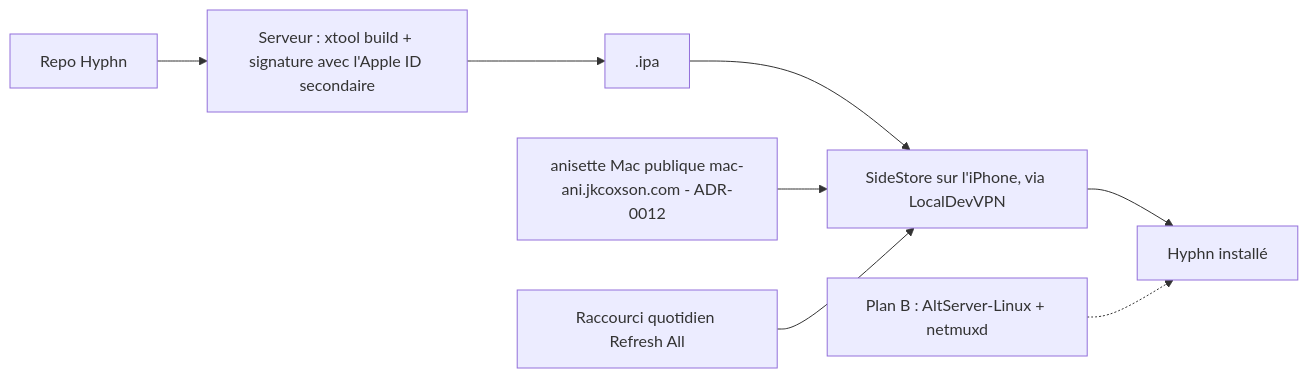
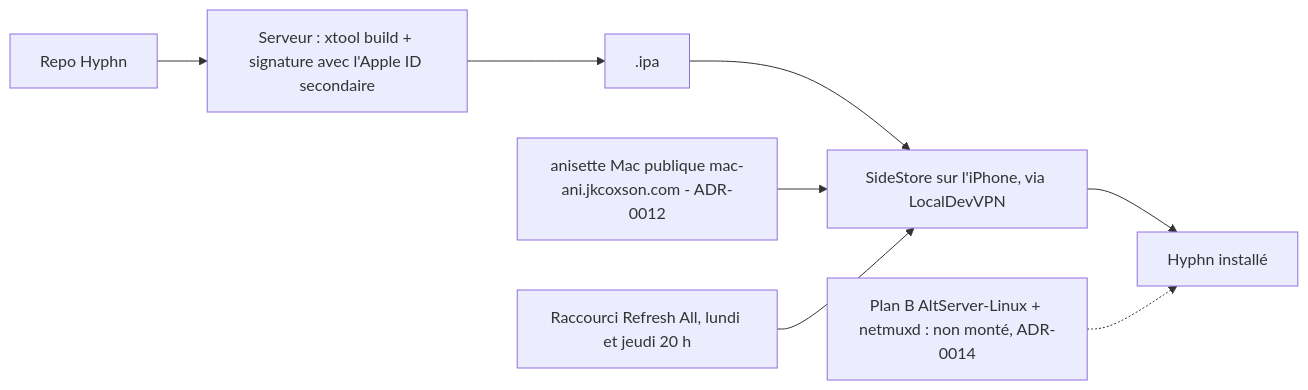
One commit to 1oma1e/Hyphn changed the second of 2 diagrams in docs/ARCHITECTURE.md. Above: the diagram before and after it, drawn with Mermaid. The commit also changed other lines of this file and 14 other files, not shown here.

First line of the commit message:
docs: draft phase 1 specs and drop AltServer plan B (ADR-0014)

````diff
--- a/docs/ARCHITECTURE.md
+++ b/docs/ARCHITECTURE.md
@@ -56,10 +56,10 @@
 ```mermaid
 flowchart LR
   Code[Repo Hyphn] --> X[Serveur : xtool build + signature avec l'Apple ID secondaire]
   X --> IPA[.ipa]
   IPA --> SS[SideStore sur l'iPhone, via LocalDevVPN]
   ANI[anisette Mac publique mac-ani.jkcoxson.com - ADR-0012] --> SS
   SS --> APP[Hyphn installé]
-  SC[Raccourci quotidien Refresh All] --> SS
-  ALT[Plan B : AltServer-Linux + netmuxd] -.-> APP
+  SC[Raccourci Refresh All, lundi et jeudi 20 h] --> SS
+  ALT[Plan B AltServer-Linux + netmuxd : non monté, ADR-0014] -.-> APP
 ```
````
